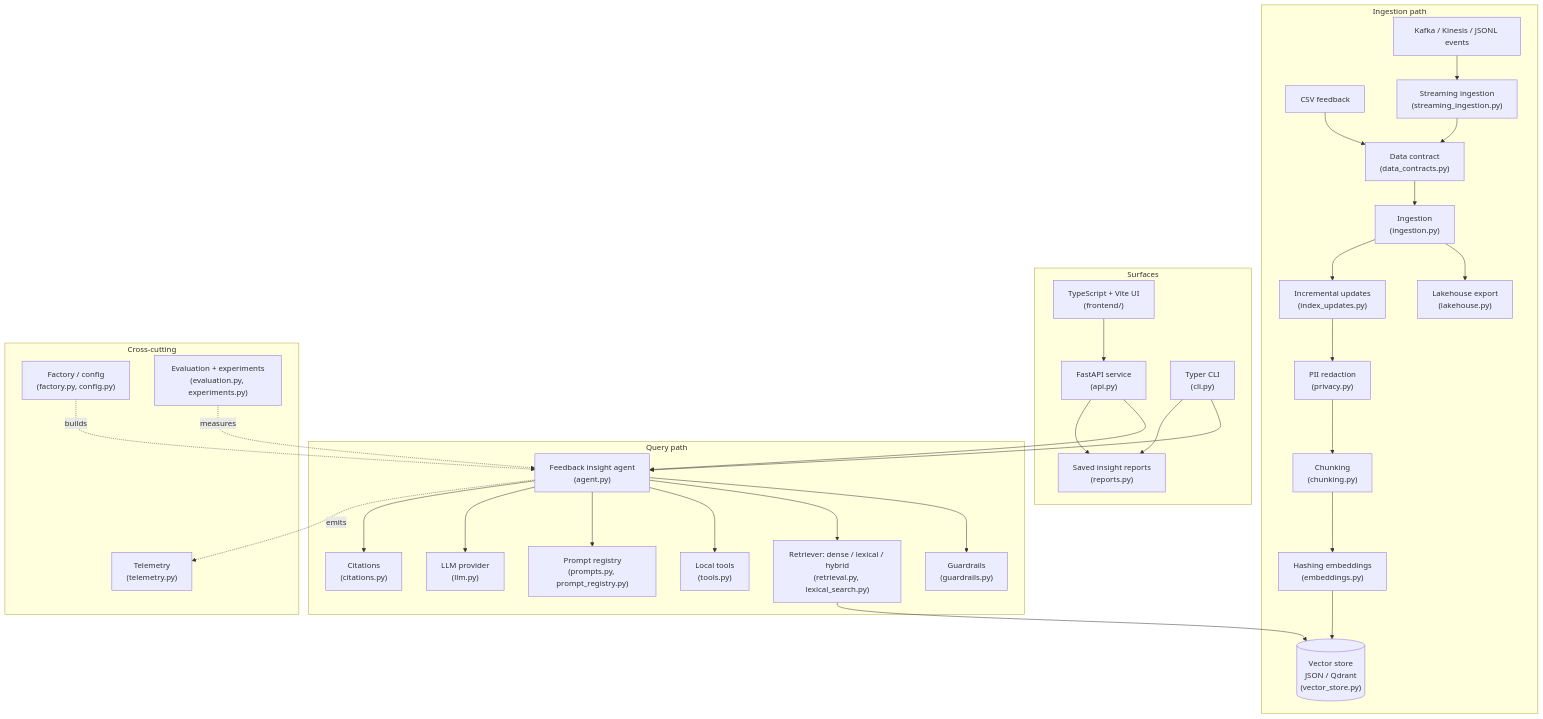
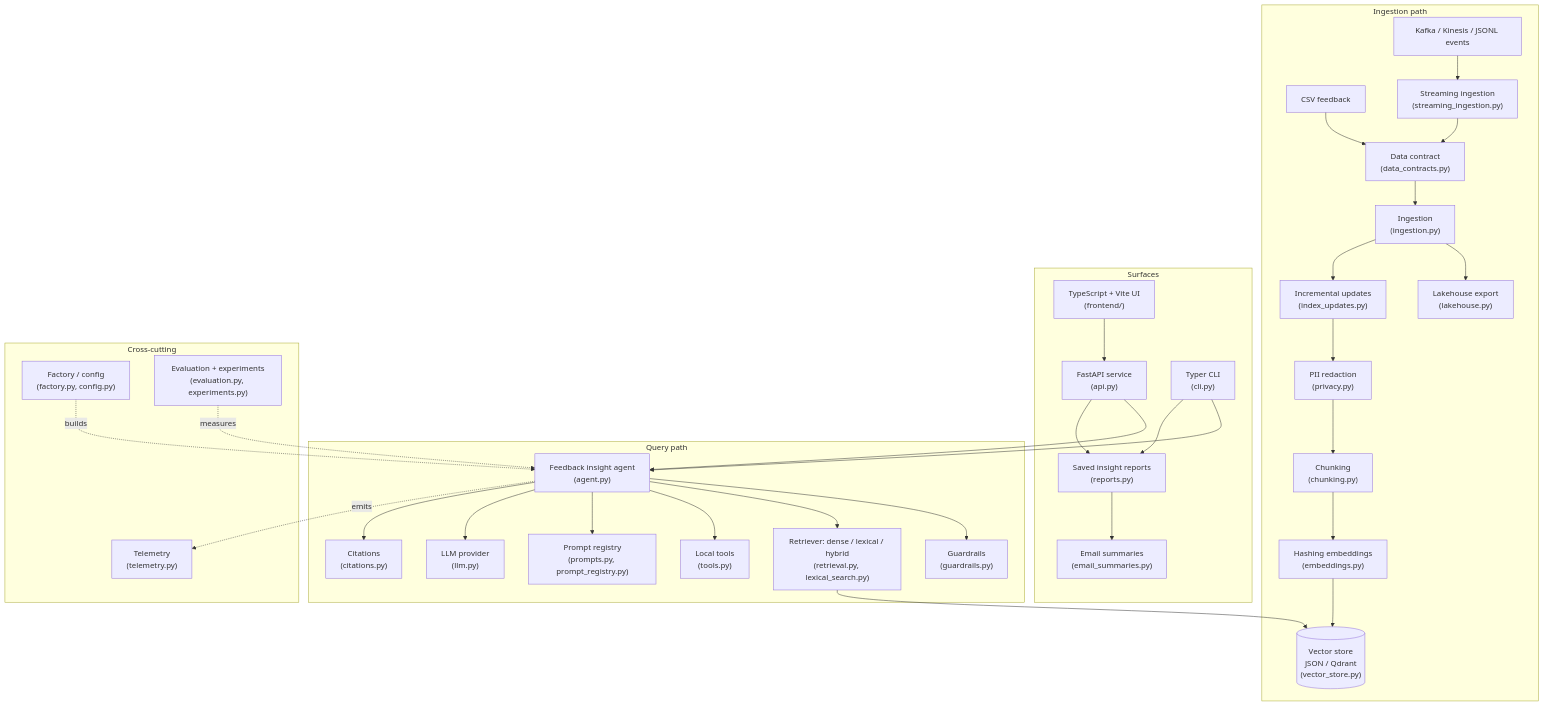
One commit to DiogoRibeiro7/feedback-intelligence-agent changed the first of 3 diagrams in docs/case_study.md. Above: the diagram before and after it, drawn with Mermaid. The commit also changed other lines of this file and 11 other files, not shown here.

Commit message:
feat: add email summaries

````diff
--- a/docs/case_study.md
+++ b/docs/case_study.md
@@ -64,54 +64,56 @@
 ```mermaid
 flowchart TB
   subgraph Ingest["Ingestion path"]
     CSV["CSV feedback"] --> DC["Data contract<br/>(data_contracts.py)"]
     STREAM["Kafka / Kinesis / JSONL events"] --> SI["Streaming ingestion<br/>(streaming_ingestion.py)"]
     SI --> DC
     DC --> ING["Ingestion<br/>(ingestion.py)"]
     ING --> LH["Lakehouse export<br/>(lakehouse.py)"]
     ING --> UPD["Incremental updates<br/>(index_updates.py)"]
     UPD --> PRV["PII redaction<br/>(privacy.py)"]
     PRV --> CH["Chunking<br/>(chunking.py)"]
     CH --> EMB["Hashing embeddings<br/>(embeddings.py)"]
     EMB --> VS[("Vector store<br/>JSON / Qdrant<br/>(vector_store.py)")]
   end
 
   subgraph Query["Query path"]
     AG["Feedback insight agent<br/>(agent.py)"]
     RET["Retriever: dense / lexical / hybrid<br/>(retrieval.py, lexical_search.py)"]
     GR["Guardrails<br/>(guardrails.py)"]
     TL["Local tools<br/>(tools.py)"]
     PR["Prompt registry<br/>(prompts.py, prompt_registry.py)"]
     LLM["LLM provider<br/>(llm.py)"]
     CIT["Citations<br/>(citations.py)"]
     AG --> GR
     AG --> RET
     RET --> VS
     AG --> TL
     AG --> PR
     AG --> LLM
     AG --> CIT
   end
 
   subgraph Surfaces["Surfaces"]
     API["FastAPI service<br/>(api.py)"]
     CLI["Typer CLI<br/>(cli.py)"]
     FE["TypeScript + Vite UI<br/>(frontend/)"]
     REP["Saved insight reports<br/>(reports.py)"]
+    EMAIL["Email summaries<br/>(email_summaries.py)"]
   end
 
   subgraph Cross["Cross-cutting"]
     FAC["Factory / config<br/>(factory.py, config.py)"]
     TEL["Telemetry<br/>(telemetry.py)"]
     EVAL["Evaluation + experiments<br/>(evaluation.py, experiments.py)"]
   end
 
   API --> AG
   CLI --> AG
   FE --> API
   API --> REP
   CLI --> REP
+  REP --> EMAIL
   FAC -.builds.-> AG
   AG -.emits.-> TEL
   EVAL -.measures.-> AG
 ```
````
